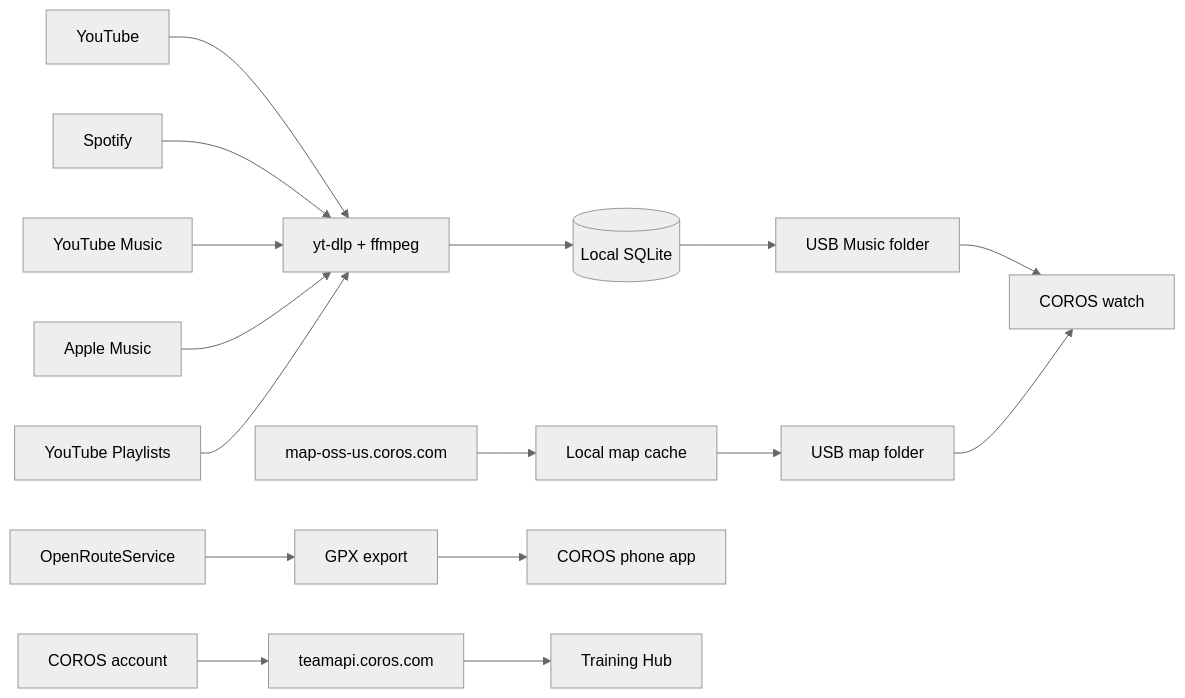
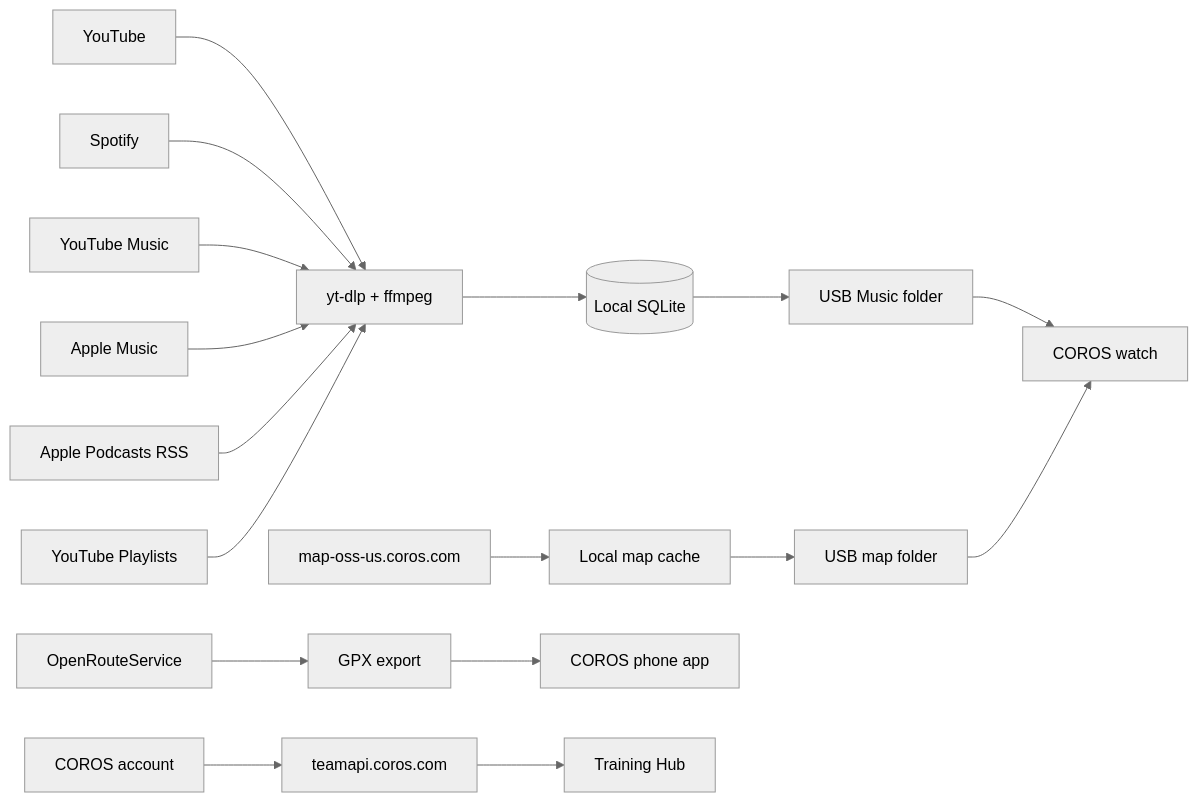
Before and after one commit to GitjoPowershell/CorosLink: the diagram in README.md, drawn with Mermaid (neutral theme). The commit also changed other lines of this file and 16 other files, not shown here.

First line of the commit message:
Add Apple Podcasts discovery & downloads

````diff
--- a/README.md
+++ b/README.md
@@ -195,18 +204,19 @@
 ```mermaid
 flowchart LR
   YouTube --> ytDlp[yt-dlp + ffmpeg]
   Spotify --> ytDlp
   YouTubeMusic[YouTube Music] --> ytDlp
   AppleMusic[Apple Music] --> ytDlp
+  ApplePodcasts[Apple Podcasts RSS] --> ytDlp
   YouTubePlaylists[YouTube Playlists] --> ytDlp
   ytDlp --> SQLite[(Local SQLite)]
   SQLite --> USBMusic[USB Music folder]
   MapCDN[map-oss-us.coros.com] --> MapCache[Local map cache]
   MapCache --> USBMaps[USB map folder]
   ORS[OpenRouteService] --> GPX[GPX export]
   USBMusic --> Watch[COROS watch]
   USBMaps --> Watch
   GPX --> PhoneApp[COROS phone app]
   COROSAccount[COROS account] --> TeamAPI[teamapi.coros.com]
   TeamAPI --> Dashboard[Training Hub]
 ```
````
